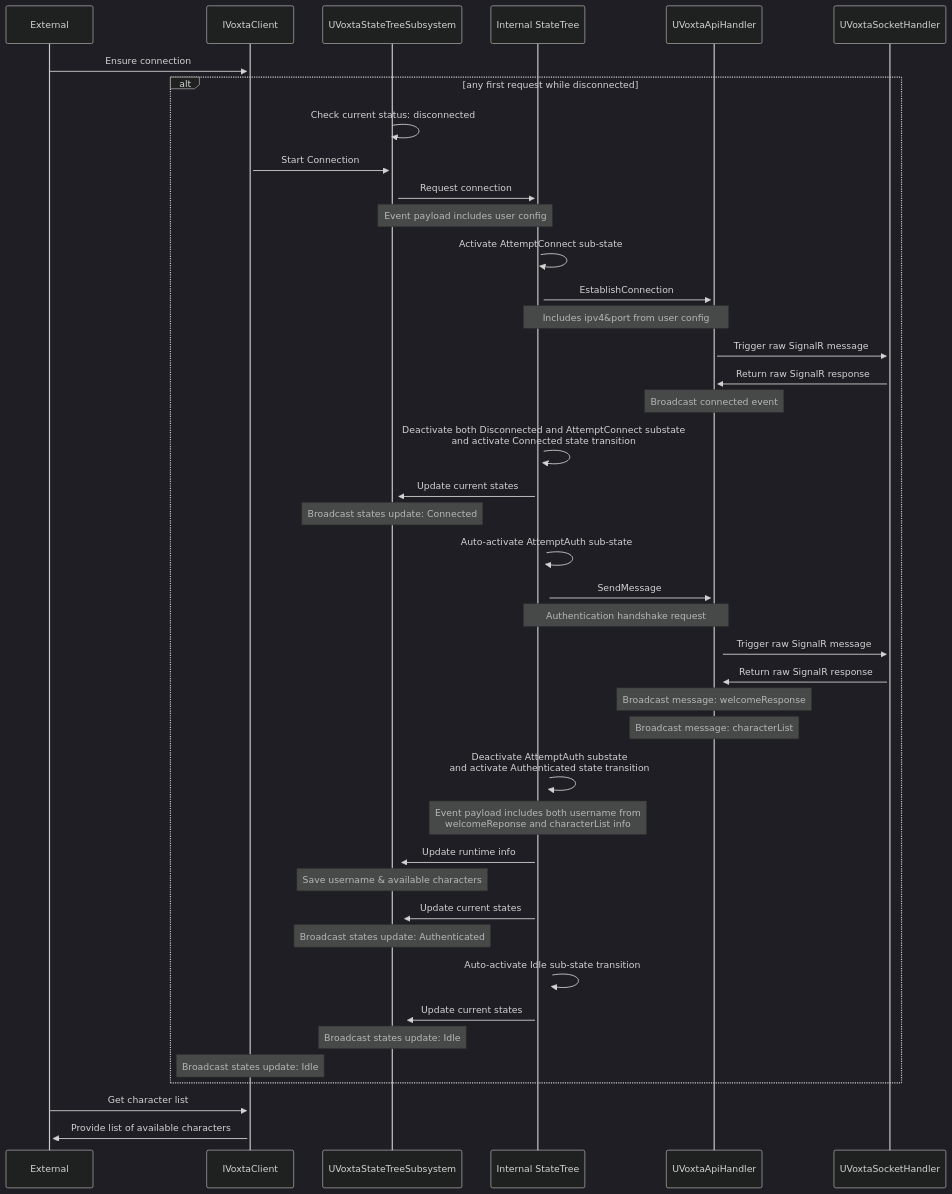
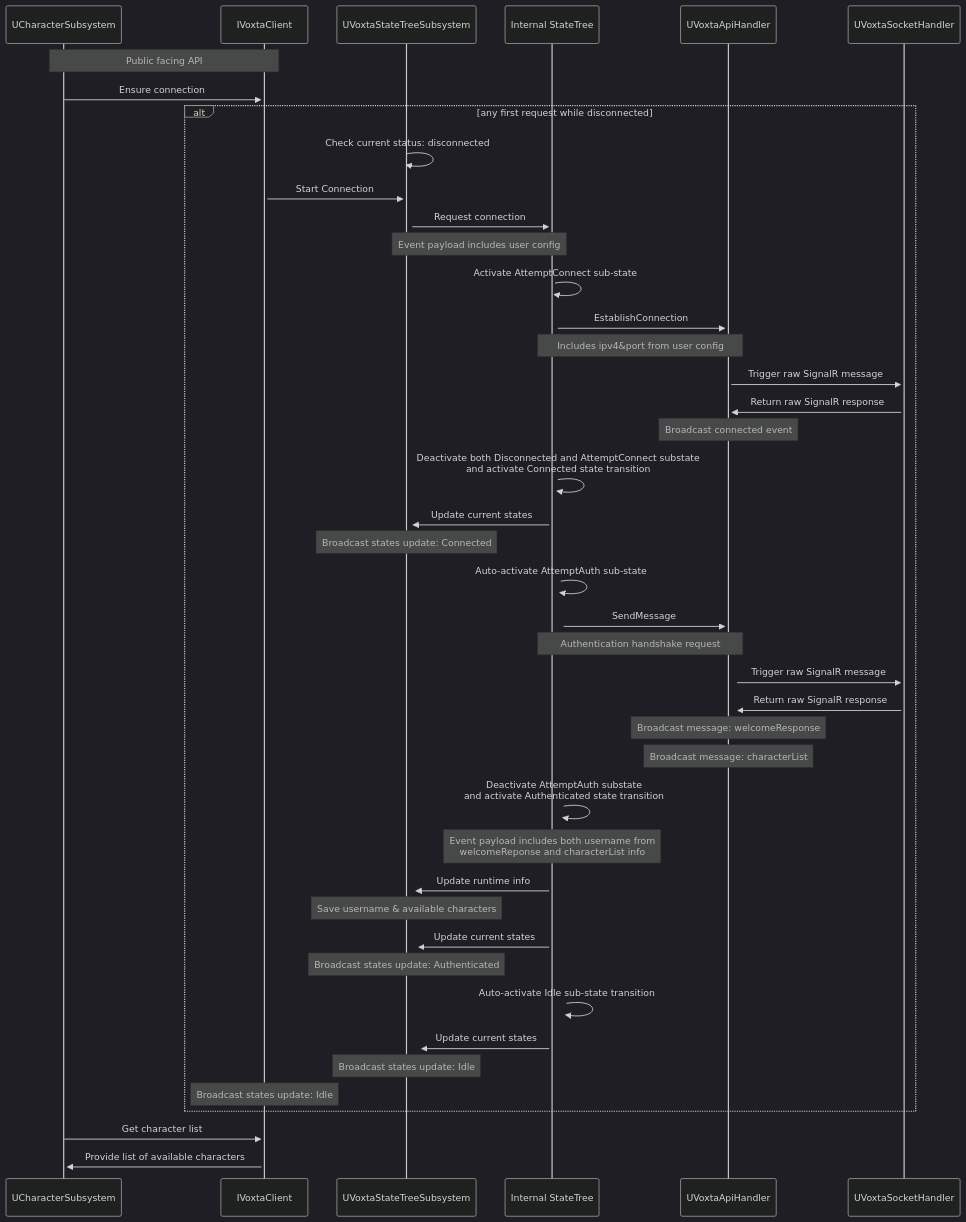
One commit to grrimgrriefer/UnrealVoxta changed the diagram in README.md. Above: the diagram before and after it, drawn with Mermaid. The commit also changed other lines of this file and 17 other files, not shown here.

````diff
--- a/README.md
+++ b/README.md
@@ -14,56 +14,54 @@
 ```mermaid
 ---
 config:
   theme: dark
 ---
 sequenceDiagram
-
-	participant External
-
-	External->>+IVoxtaClient: Ensure connection
+	Note over UCharacterSubsystem,IVoxtaClient: Public facing API
+	UCharacterSubsystem->>+IVoxtaClient: Ensure connection
 
 	alt any first request while disconnected
 		UVoxtaStateTreeSubsystem->>+UVoxtaStateTreeSubsystem: Check current status: disconnected
 		IVoxtaClient->>+UVoxtaStateTreeSubsystem: Start Connection
 
 		UVoxtaStateTreeSubsystem->>+Internal StateTree: Request connection
 			Note over UVoxtaStateTreeSubsystem,Internal StateTree: Event payload includes user config
 		Internal StateTree->>+Internal StateTree: Activate AttemptConnect sub-state
 		Internal StateTree->>+UVoxtaApiHandler: EstablishConnection
 			Note over Internal StateTree,UVoxtaApiHandler: Includes ipv4&port from user config
 
 		UVoxtaApiHandler->>+UVoxtaSocketHandler: Trigger raw SignalR message
 		UVoxtaSocketHandler->>+UVoxtaApiHandler: Return raw SignalR response
 			Note over UVoxtaApiHandler: Broadcast connected event
 
 		Internal StateTree->>+Internal StateTree: Deactivate both Disconnected and AttemptConnect substate<br /> and activate Connected state transition
 		Internal StateTree->>+UVoxtaStateTreeSubsystem: Update current states
 			Note over UVoxtaStateTreeSubsystem: Broadcast states update: Connected
 
 		Internal StateTree->>+Internal StateTree: Auto-activate AttemptAuth sub-state
 		Internal StateTree->>+UVoxtaApiHandler: SendMessage
 			Note over Internal StateTree,UVoxtaApiHandler: Authentication handshake request
 
 		UVoxtaApiHandler->>+UVoxtaSocketHandler: Trigger raw SignalR message
 		UVoxtaSocketHandler->>+UVoxtaApiHandler: Return raw SignalR response
 			Note over UVoxtaApiHandler: Broadcast message: welcomeResponse
 			Note over UVoxtaApiHandler: Broadcast message: characterList
 
 		Internal StateTree->>+Internal StateTree: Deactivate AttemptAuth substate<br /> and activate Authenticated state transition
 			Note over Internal StateTree: Event payload includes both username from <br />welcomeReponse and characterList info
 
 		Internal StateTree->>+UVoxtaStateTreeSubsystem: Update runtime info
 			Note over UVoxtaStateTreeSubsystem: Save username & available characters
 		Internal StateTree->>+UVoxtaStateTreeSubsystem: Update current states
 			Note over UVoxtaStateTreeSubsystem: Broadcast states update: Authenticated
 
 		Internal StateTree->>+Internal StateTree: Auto-activate Idle sub-state transition
 		Internal StateTree->>+UVoxtaStateTreeSubsystem: Update current states
 			Note over UVoxtaStateTreeSubsystem: Broadcast states update: Idle
 		Note over IVoxtaClient: Broadcast states update: Idle
 	end
 
-	External->>+IVoxtaClient: Get character list
+	UCharacterSubsystem->>+IVoxtaClient: Get character list
 
-	IVoxtaClient->>+External: Provide list of available characters
+	IVoxtaClient->>+UCharacterSubsystem: Provide list of available characters
 ```
````
